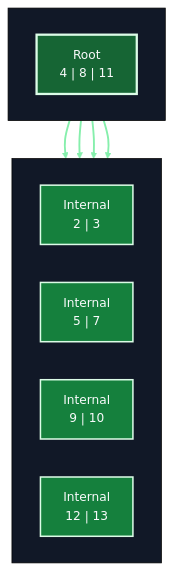
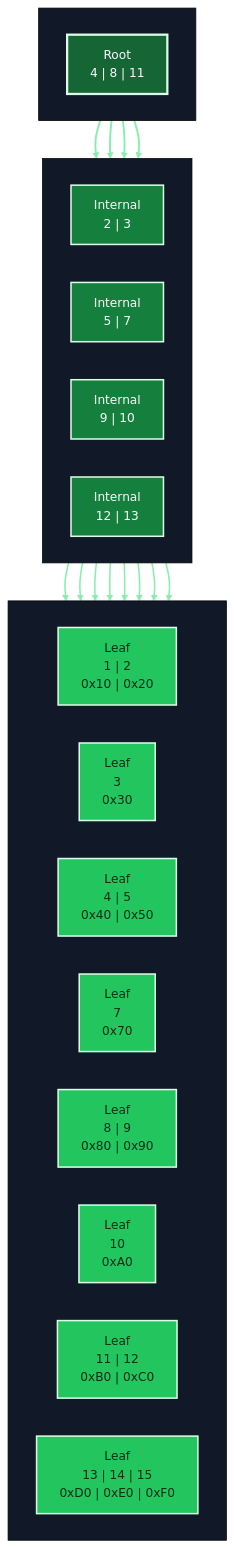
Before and after one commit to Jungle-12-303/week7-team1-sql-2: the first of 8 diagrams in README.md, drawn with Mermaid. The commit also changed other lines of this file, not shown here.

Commit message:
Update README tree and benchmark visuals

````diff
--- a/README.md
+++ b/README.md
@@ -40,40 +40,64 @@
 ```mermaid
 %%{init: {
   "theme": "base",
   "themeVariables": {
     "background": "#0b1020",
     "primaryColor": "#111827",
     "primaryTextColor": "#f9fafb",
     "primaryBorderColor": "#f9fafb",
     "lineColor": "#e5e7eb",
     "secondaryColor": "#1f2937",
     "secondaryTextColor": "#f9fafb",
     "tertiaryColor": "#111827",
     "tertiaryTextColor": "#f9fafb"
   }
 }}%%
 flowchart TD
     subgraph Level0[" "]
         direction LR
         R0["Root<br/>4 | 8 | 11"]
     end
 
     subgraph Level1[" "]
         direction LR
         I1["Internal<br/>2 | 3"]
         I2["Internal<br/>5 | 7"]
         I3["Internal<br/>9 | 10"]
         I4["Internal<br/>12 | 13"]
     end
 
+    subgraph Level2[" "]
+        direction LR
+        A1["Leaf<br/>1 | 2<br/>0x10 | 0x20"]
+        A2["Leaf<br/>3<br/>0x30"]
+        B1["Leaf<br/>4 | 5<br/>0x40 | 0x50"]
+        B2["Leaf<br/>7<br/>0x70"]
+        C1["Leaf<br/>8 | 9<br/>0x80 | 0x90"]
+        C2["Leaf<br/>10<br/>0xA0"]
+        D1["Leaf<br/>11 | 12<br/>0xB0 | 0xC0"]
+        D2["Leaf<br/>13 | 14 | 15<br/>0xD0 | 0xE0 | 0xF0"]
+    end
+
     R0 --> I1
     R0 --> I2
     R0 --> I3
     R0 --> I4
 
+    I1 --> A1
+    I1 --> A2
+    I2 --> B1
+    I2 --> B2
+    I3 --> C1
+    I3 --> C2
+    I4 --> D1
+    I4 --> D2
+
     classDef root fill:#166534,stroke:#dcfce7,stroke-width:3px,color:#f9fafb;
     classDef internal fill:#15803d,stroke:#dcfce7,stroke-width:2px,color:#f9fafb;
+    classDef leaf fill:#22c55e,stroke:#dcfce7,stroke-width:2px,color:#052e16;
     linkStyle 0,1,2,3 stroke:#86efac,stroke-width:2.5px;
+    linkStyle 4,5,6,7,8,9,10,11 stroke:#86efac,stroke-width:2px;
     class R0 root;
     class I1,I2,I3,I4 internal;
+    class A1,A2,B1,B2,C1,C2,D1,D2 leaf;
 ```
````
